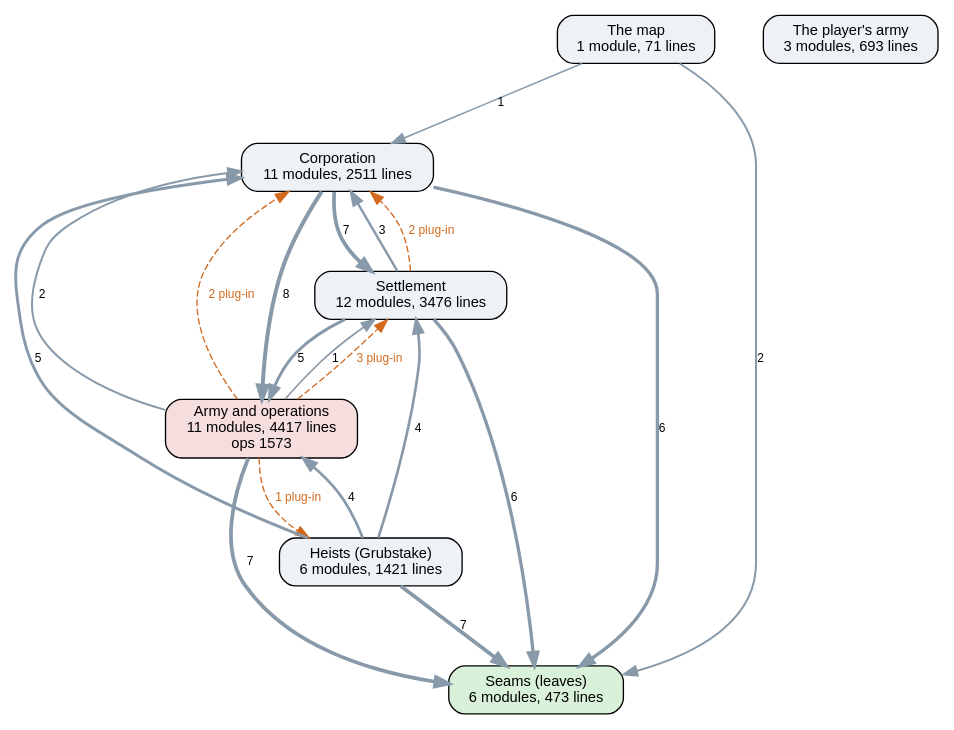
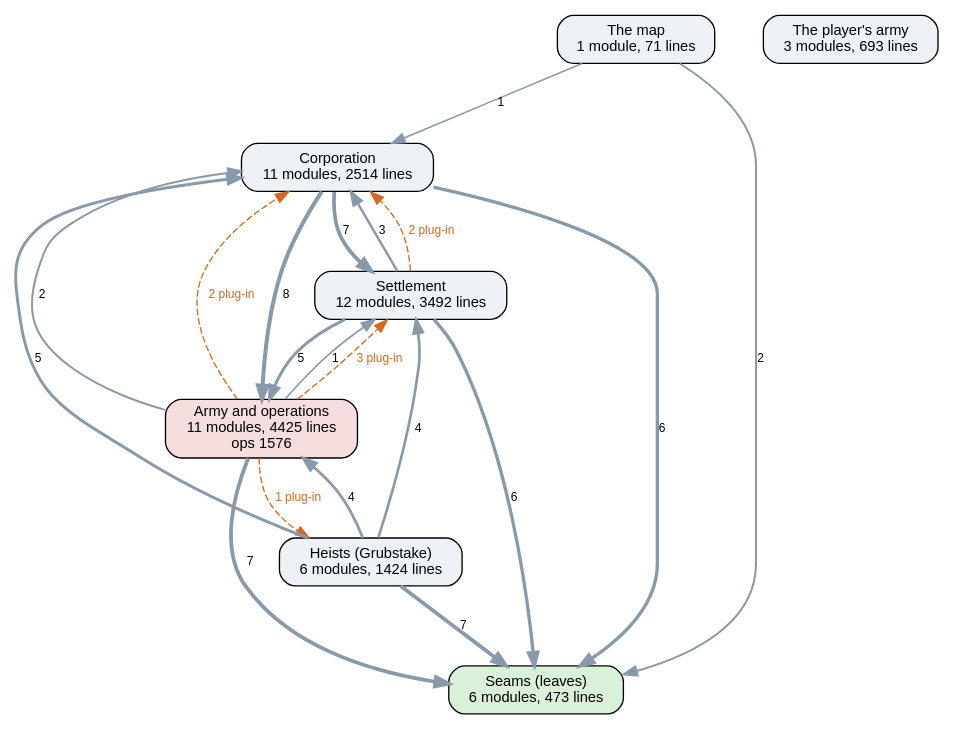
The diagram in docs/ai-layers.dot (kinelhu/landing-party), drawn with Graphviz before and after one commit. The commit also changed 21 other files, not shown here.

```diff
--- a/docs/ai-layers.dot
+++ b/docs/ai-layers.dot
@@ -1,31 +1,31 @@
 digraph layers {
   graph [rankdir=TB, fontname="Helvetica", nodesep=0.5, ranksep=0.7];
   node [shape=box, style="rounded,filled", fontname="Helvetica", fontsize=11, fillcolor="#eef2f7"];
   edge [color="#8899aa", fontname="Helvetica", fontsize=9];
   "Seams (leaves)" [label="Seams (leaves)\n6 modules, 473 lines", fillcolor="#d9f0d9"];
-  "Corporation" [label="Corporation\n11 modules, 2511 lines", fillcolor="#eef2f7"];
-  "Settlement" [label="Settlement\n12 modules, 3476 lines", fillcolor="#eef2f7"];
-  "Army and operations" [label="Army and operations\n11 modules, 4417 lines\nops 1573", fillcolor="#f7dede"];
-  "Heists (Grubstake)" [label="Heists (Grubstake)\n6 modules, 1421 lines", fillcolor="#eef2f7"];
+  "Corporation" [label="Corporation\n11 modules, 2514 lines", fillcolor="#eef2f7"];
+  "Settlement" [label="Settlement\n12 modules, 3492 lines", fillcolor="#eef2f7"];
+  "Army and operations" [label="Army and operations\n11 modules, 4425 lines\nops 1576", fillcolor="#f7dede"];
+  "Heists (Grubstake)" [label="Heists (Grubstake)\n6 modules, 1424 lines", fillcolor="#eef2f7"];
   "The map" [label="The map\n1 module, 71 lines", fillcolor="#eef2f7"];
   "The player's army" [label="The player's army\n3 modules, 693 lines", fillcolor="#eef2f7"];
   "Army and operations" -> "Corporation" [label="2", penwidth=1.5];
   "Army and operations" -> "Seams (leaves)" [label="7", penwidth=2.8];
   "Army and operations" -> "Settlement" [label="1", penwidth=1.2];
   "Corporation" -> "Army and operations" [label="8", penwidth=3.0];
   "Corporation" -> "Seams (leaves)" [label="6", penwidth=2.5];
   "Corporation" -> "Settlement" [label="7", penwidth=2.8];
   "Heists (Grubstake)" -> "Army and operations" [label="4", penwidth=2.0];
   "Heists (Grubstake)" -> "Corporation" [label="5", penwidth=2.2];
   "Heists (Grubstake)" -> "Seams (leaves)" [label="7", penwidth=2.8];
   "Heists (Grubstake)" -> "Settlement" [label="4", penwidth=2.0];
   "Settlement" -> "Army and operations" [label="5", penwidth=2.2];
   "Settlement" -> "Corporation" [label="3", penwidth=1.8];
   "Settlement" -> "Seams (leaves)" [label="6", penwidth=2.5];
   "The map" -> "Corporation" [label="1", penwidth=1.2];
   "The map" -> "Seams (leaves)" [label="2", penwidth=1.5];
   "Army and operations" -> "Corporation" [style=dashed, color="#d2691e", fontcolor="#d2691e", label="2 plug-in"];
   "Army and operations" -> "Heists (Grubstake)" [style=dashed, color="#d2691e", fontcolor="#d2691e", label="1 plug-in"];
   "Army and operations" -> "Settlement" [style=dashed, color="#d2691e", fontcolor="#d2691e", label="3 plug-in"];
   "Settlement" -> "Corporation" [style=dashed, color="#d2691e", fontcolor="#d2691e", label="2 plug-in"];
 }
```
